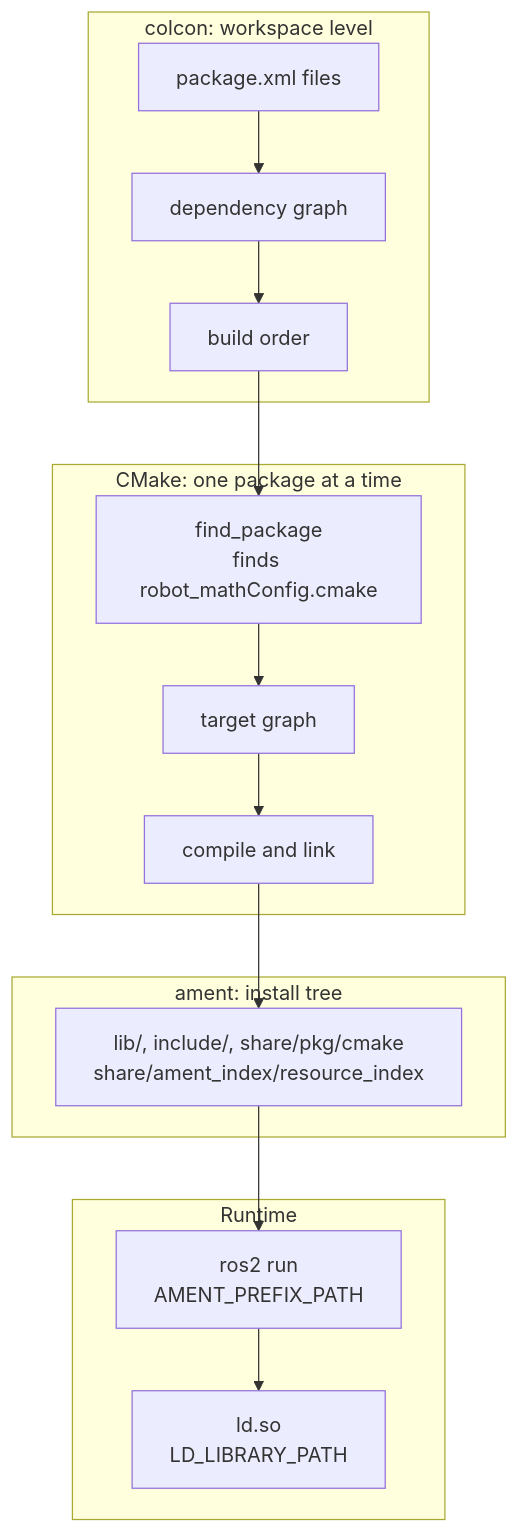
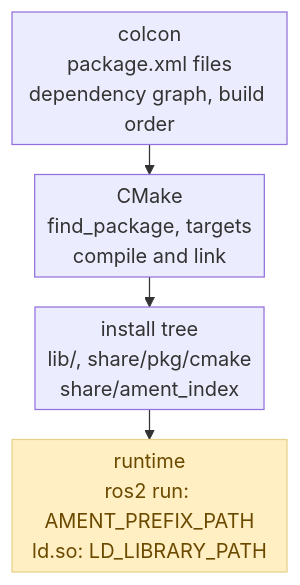
The third of 3 diagrams in content/blog/ros2-build-system.md (PouceHeure/blog), drawn with Mermaid before and after one commit. The commit also changed other lines of this file and 1 other file, not shown here.

Commit message:
Article colcon/ament: diagrammes Mermaid compacts, correctifs mobile
- diagrammes via le shortcode mermaid, plus compacts (vertical, espacement resserre)
- min-width du theme neutralise pour garder la taille naturelle des diagrammes
- tableaux scrollables et menu burger nettoye en mobile

Claude-Session: https://claude.ai/code/session_01WvRV3B2x7x7XyrE3eVqdiP

```diff
--- a/content/blog/ros2-build-system.md
+++ b/content/blog/ros2-build-system.md
@@ -389,18 +391,9 @@
 {{< mermaid caption="The full chain, with the three separate mechanisms in colcon, CMake and the ament index." >}}
+%%{init: {"flowchart": {"rankSpacing": 24, "nodeSpacing": 20, "padding": 5}}}%%
 flowchart TB
-  subgraph colcon["colcon: workspace level"]
-    P["package.xml files"] --> G["dependency graph"] --> O["build order"]
-  end
-  subgraph cmake["CMake: one package at a time"]
-    F["find_package<br/>finds robot_mathConfig.cmake"] --> T["target graph"] --> L["compile and link"]
-  end
-  subgraph install["ament: install tree"]
-    I["lib/, include/, share/pkg/cmake<br/>share/ament_index/resource_index"]
-  end
-  subgraph run["Runtime"]
-    R1["ros2 run<br/>AMENT_PREFIX_PATH"] --> R2["ld.so<br/>LD_LIBRARY_PATH"]
-  end
-  O --> F
-  L --> I
-  I --> R1
+  A["colcon<br/>package.xml files<br/>dependency graph, build order"] --> B["CMake<br/>find_package, targets<br/>compile and link"]
+  B --> C["install tree<br/>lib/, share/pkg/cmake<br/>share/ament_index"]
+  C --> D["runtime<br/>ros2 run: AMENT_PREFIX_PATH<br/>ld.so: LD_LIBRARY_PATH"]
+  classDef run fill:#FFEFC2,stroke:#E5D28A,color:#6B4A00
+  class D run
 {{< /mermaid >}}
```
